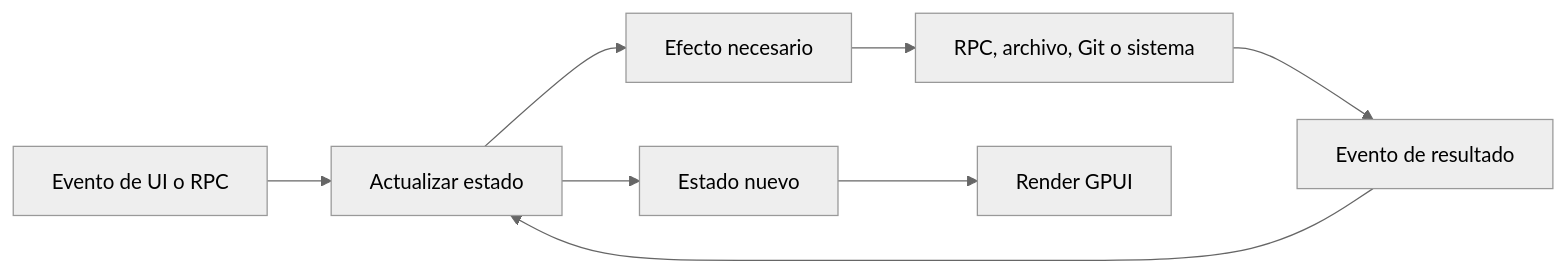
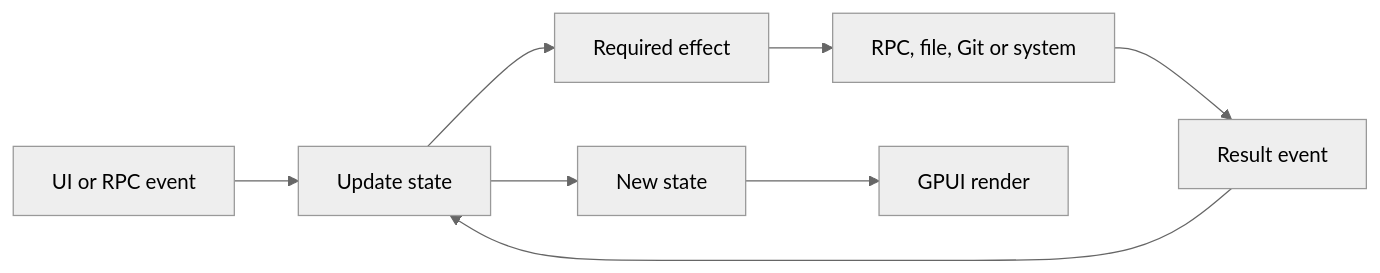
One commit to Mayloparra24/gentle-shell-gpui changed the second of 2 diagrams in docs/architecture.md. Above: the diagram before and after it, drawn with Mermaid (neutral theme). The commit also changed other lines of this file and 12 other files, not shown here.

````diff
--- a/docs/architecture.md
+++ b/docs/architecture.md
@@ -225,10 +225,10 @@
 ```mermaid
 flowchart LR
-    Input["Evento de UI o RPC"] --> Update["Actualizar estado"]
-    Update --> State["Estado nuevo"]
-    Update --> Effect["Efecto necesario"]
-    Effect --> Adapter["RPC, archivo, Git o sistema"]
-    Adapter --> Result["Evento de resultado"]
+    Input["UI or RPC event"] --> Update["Update state"]
+    Update --> State["New state"]
+    Update --> Effect["Required effect"]
+    Effect --> Adapter["RPC, file, Git or system"]
+    Adapter --> Result["Result event"]
     Result --> Update
-    State --> View["Render GPUI"]
+    State --> View["GPUI render"]
 ```
````
